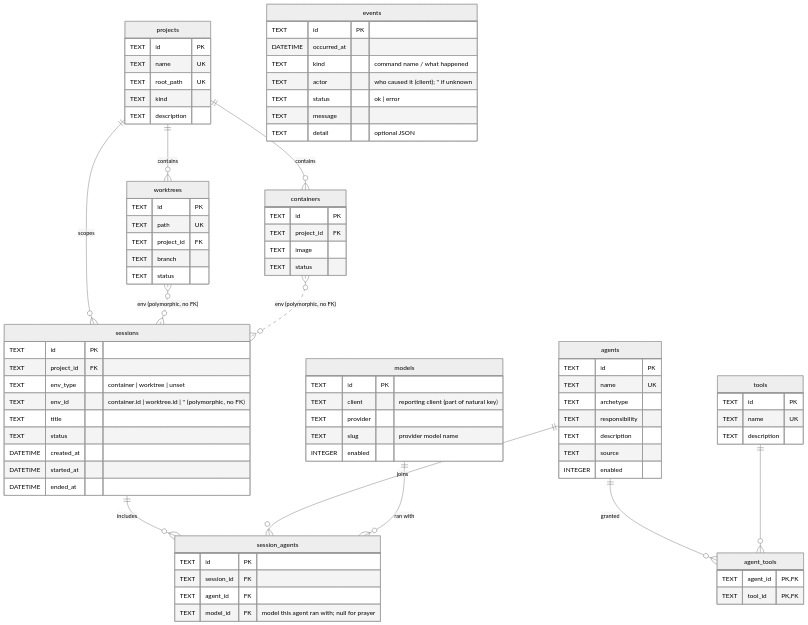
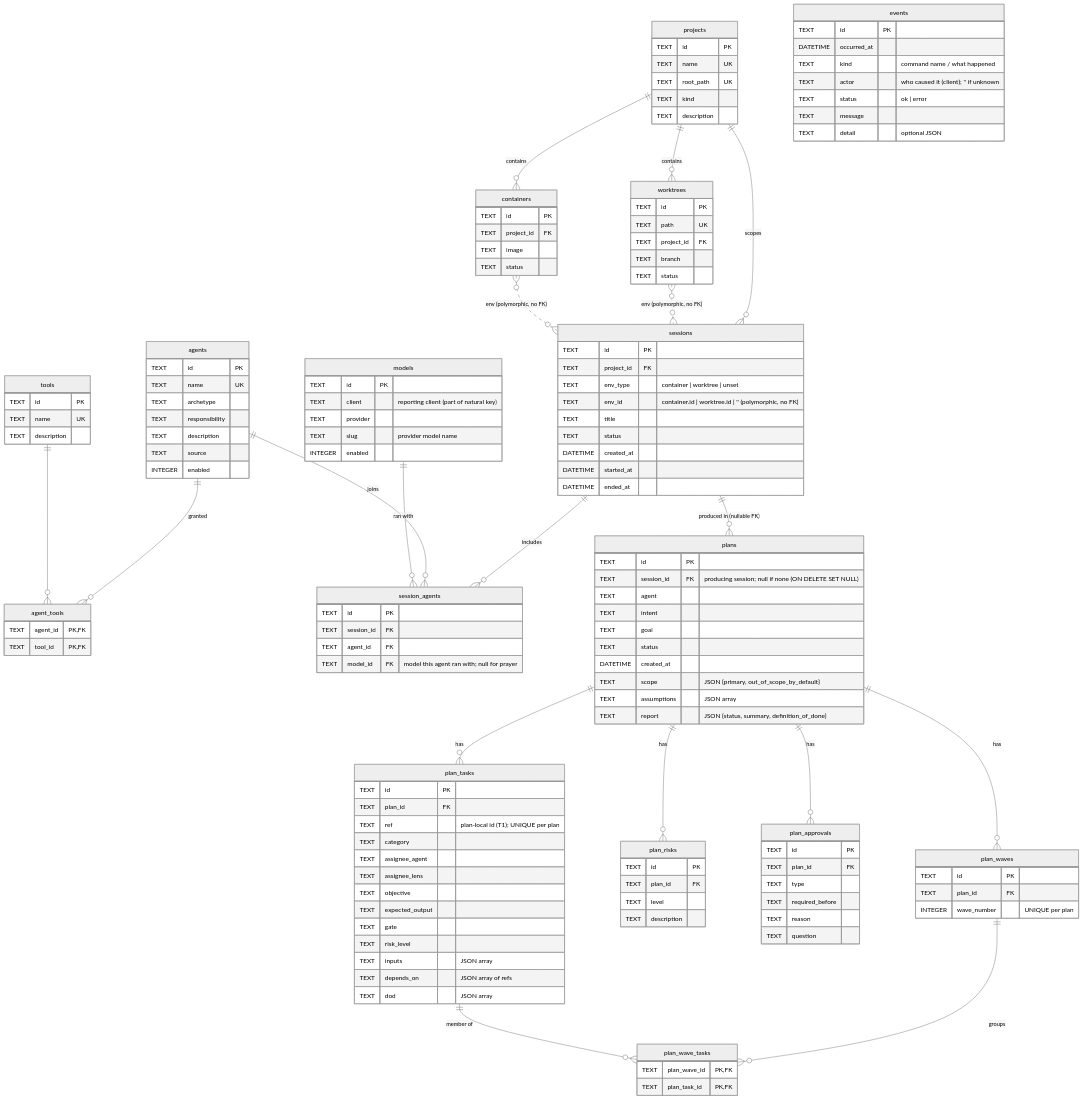
Before and after one commit to hieutran21198/cirius-harness: the diagram in docs/specs/harness-data-model.md, drawn with Mermaid (neutral theme). The commit also changed other lines of this file and 24 other files, not shown here.

````diff
--- a/docs/specs/harness-data-model.md
+++ b/docs/specs/harness-data-model.md
@@ -159,6 +168,56 @@
         TEXT     message
         TEXT     detail      "optional JSON"
     }
+    plans {
+        TEXT     id          PK
+        TEXT     session_id  FK "producing session; null if none (ON DELETE SET NULL)"
+        TEXT     agent
+        TEXT     intent
+        TEXT     goal
+        TEXT     status
+        DATETIME created_at
+        TEXT     scope       "JSON {primary, out_of_scope_by_default}"
+        TEXT     assumptions "JSON array"
+        TEXT     report      "JSON {status, summary, definition_of_done}"
+    }
+    plan_tasks {
+        TEXT id              PK
+        TEXT plan_id         FK
+        TEXT ref             "plan-local id (T1); UNIQUE per plan"
+        TEXT category
+        TEXT assignee_agent
+        TEXT assignee_lens
+        TEXT objective
+        TEXT expected_output
+        TEXT gate
+        TEXT risk_level
+        TEXT inputs          "JSON array"
+        TEXT depends_on      "JSON array of refs"
+        TEXT dod             "JSON array"
+    }
+    plan_risks {
+        TEXT id          PK
+        TEXT plan_id     FK
+        TEXT level
+        TEXT description
+    }
+    plan_approvals {
+        TEXT id              PK
+        TEXT plan_id         FK
+        TEXT type
+        TEXT required_before
+        TEXT reason
+        TEXT question
+    }
+    plan_waves {
+        TEXT    id          PK
+        TEXT    plan_id     FK
+        INTEGER wave_number "UNIQUE per plan"
+    }
+    plan_wave_tasks {
+        TEXT plan_wave_id PK,FK
+        TEXT plan_task_id PK,FK
+    }
 
     agents    ||--o{ agent_tools    : "granted"
     tools     ||--o{ agent_tools    : ""
@@ -170,4 +229,11 @@
     models    ||--o{ session_agents : "ran with"
     worktrees  }o..o{ sessions      : "env (polymorphic, no FK)"
     containers }o..o{ sessions      : "env (polymorphic, no FK)"
+    sessions  ||--o{ plans          : "produced in (nullable FK)"
+    plans     ||--o{ plan_tasks     : "has"
+    plans     ||--o{ plan_risks     : "has"
+    plans     ||--o{ plan_approvals : "has"
+    plans     ||--o{ plan_waves     : "has"
+    plan_waves ||--o{ plan_wave_tasks : "groups"
+    plan_tasks ||--o{ plan_wave_tasks : "member of"
 ```
````
